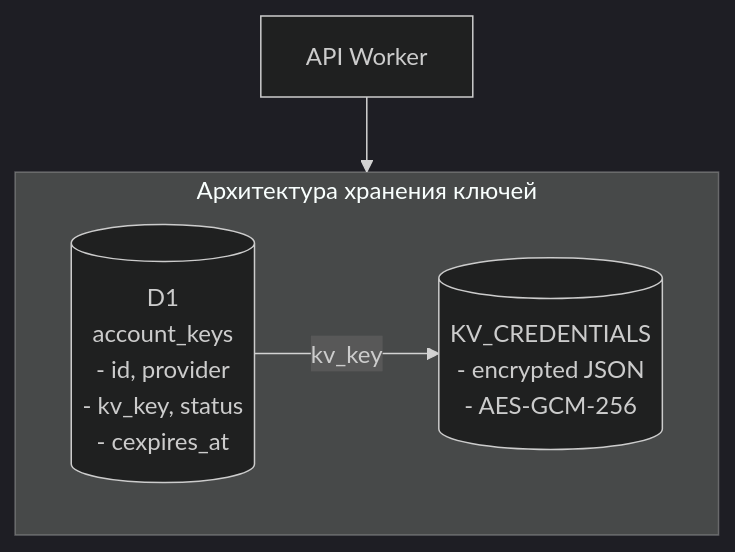
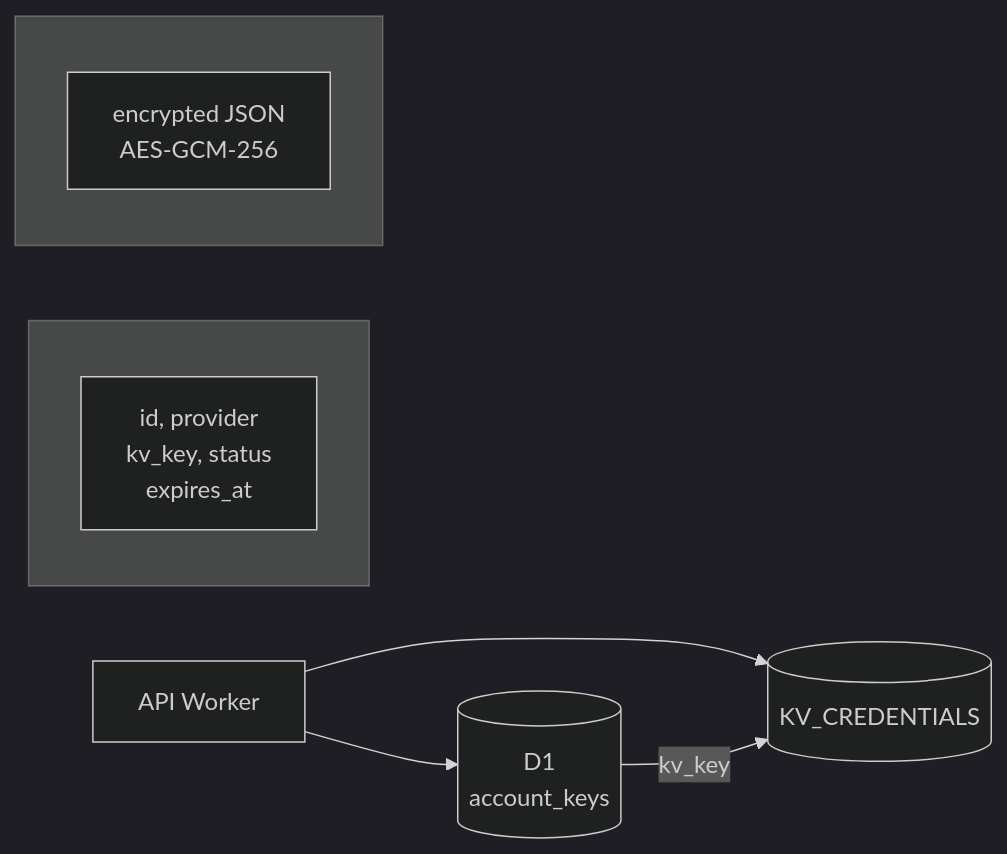
Before and after one commit to admin310st/301: the first of 2 diagrams in wiki/API_Integrations.md, drawn with Mermaid (dark theme). The commit also changed other lines of this file, not shown here.

````diff
--- a/wiki/API_Integrations.md
+++ b/wiki/API_Integrations.md
@@ -31,11 +31,15 @@
 ```mermaid
-flowchart TB
-    subgraph Storage["Архитектура хранения ключей"]
-        direction LR
-        D1[(D1<br/>account_keys<br/>- id, provider<br/> - kv_key, status<br/> - cexpires_at)]
-        KV[(KV_CREDENTIALS<br/>- encrypted JSON<br/>- AES-GCM-256)]
-        D1 -->|"kv_key"| KV
+flowchart LR
+    API[API Worker] --> D1[(D1<br/>account_keys)]
+    API --> KV[(KV_CREDENTIALS)]
+    
+    D1 -- "kv_key" --> KV
+    
+    subgraph D1_data[" "]
+        D1_fields["id, provider<br/>kv_key, status<br/>expires_at"]
     end
     
-    API[API Worker] --> Storage
+    subgraph KV_data[" "]
+        KV_fields["encrypted JSON<br/>AES-GCM-256"]
+    end
 ```
````
